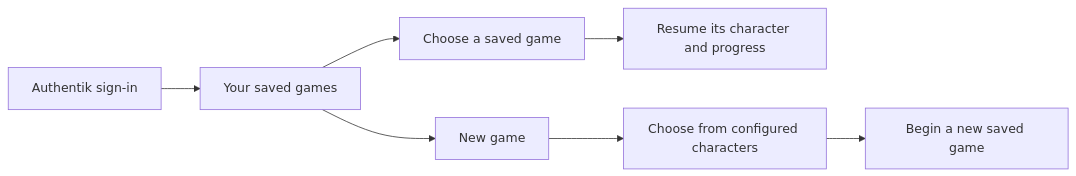
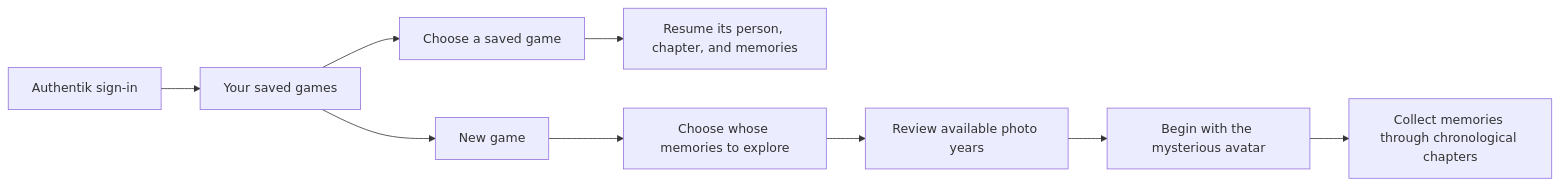
The diagram in docs/prds/001-project-brief.md (thaynes43/haynes-quest), drawn with Mermaid before and after one commit. The commit also changed other lines of this file and 13 other files, not shown here.

Commit message:
docs: define chronological memory journeys with a shared avatar

````diff
--- a/docs/prds/001-project-brief.md
+++ b/docs/prds/001-project-brief.md
@@ -42,9 +49,11 @@
 ```mermaid
 flowchart LR
     A[Authentik sign-in] --> B[Your saved games]
     B --> C[Choose a saved game]
-    C --> D[Resume its character and progress]
+    C --> D[Resume its person, chapter, and memories]
     B --> E[New game]
-    E --> F[Choose from configured characters]
-    F --> G[Begin a new saved game]
+    E --> F[Choose whose memories to explore]
+    F --> G[Review available photo years]
+    G --> H[Begin with the mysterious avatar]
+    H --> I[Collect memories through chronological chapters]
 ```
````
